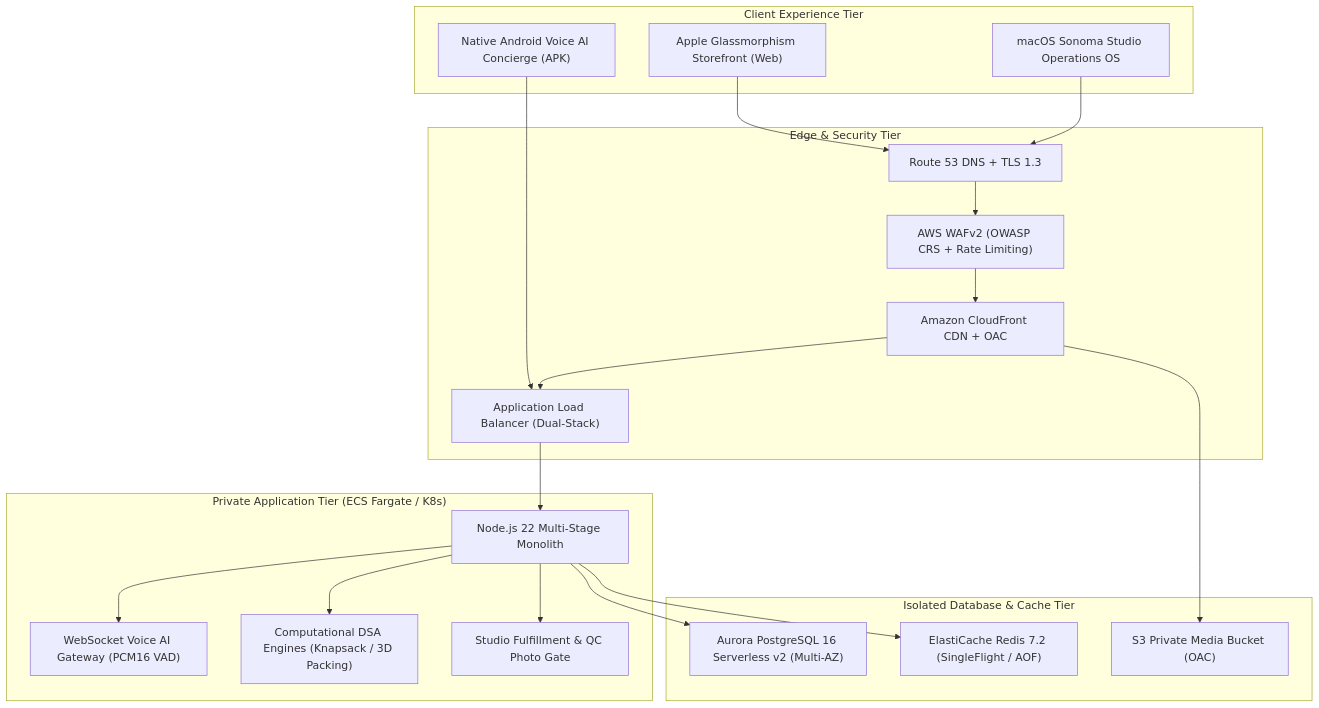
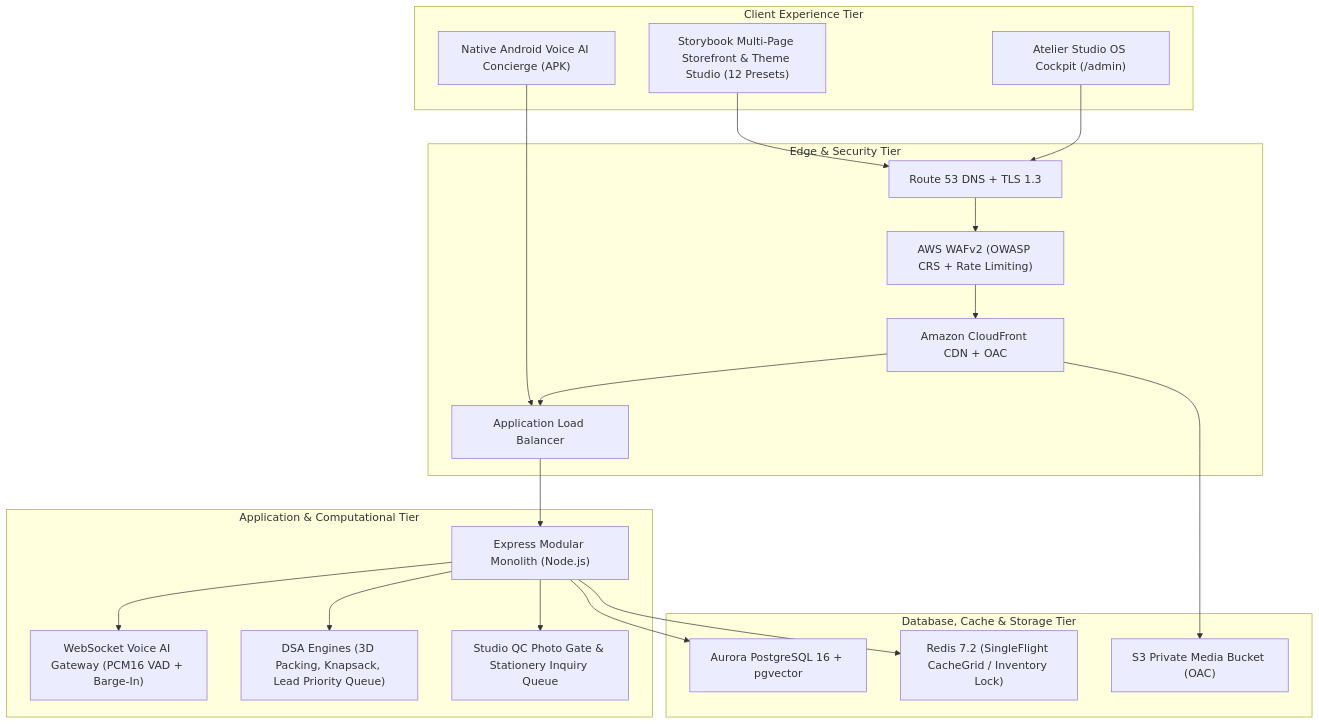
One commit to Hellthefox808/hampers-by-her changed the diagram in README.md. Above: the diagram before and after it, drawn with Mermaid. The commit also changed other lines of this file and 24 other files, not shown here.

Commit message:
feat(storefront): launch storybook storefront, enhancements, Studio OS inquiries, and organized README

````diff
--- a/README.md
+++ b/README.md
@@ -20,40 +39,40 @@
 ```mermaid
 flowchart TD
     subgraph ClientTiers ["Client Experience Tier"]
-        Storefront["Apple Glassmorphism Storefront (Web)"]
+        Storefront["Storybook Multi-Page Storefront & Theme Studio (12 Presets)"]
         VoiceApp["Native Android Voice AI Concierge (APK)"]
-        StudioOS["macOS Sonoma Studio Operations OS"]
+        StudioOS["Atelier Studio OS Cockpit (/admin)"]
     end
 
     subgraph EdgeTiers ["Edge & Security Tier"]
         Route53["Route 53 DNS + TLS 1.3"]
         WAF["AWS WAFv2 (OWASP CRS + Rate Limiting)"]
         CloudFront["Amazon CloudFront CDN + OAC"]
-        ALB["Application Load Balancer (Dual-Stack)"]
+        ALB["Application Load Balancer"]
     end
 
-    subgraph ComputeTier ["Private Application Tier (ECS Fargate / K8s)"]
-        AppServer["Node.js 22 Multi-Stage Monolith"]
-        VoiceGateway["WebSocket Voice AI Gateway (PCM16 VAD)"]
-        DsaEngines["Computational DSA Engines (Knapsack / 3D Packing)"]
-        AdminService["Studio Fulfillment & QC Photo Gate"]
+    subgraph ComputeTier ["Application & Computational Tier"]
+        AppServer["Express Modular Monolith (Node.js)"]
+        VoiceGateway["WebSocket Voice AI Gateway (PCM16 VAD + Barge-In)"]
+        DsaEngines["DSA Engines (3D Packing, Knapsack, Lead Priority Queue)"]
+        AdminService["Studio QC Photo Gate & Stationery Inquiry Queue"]
     end
 
-    subgraph DataTier ["Isolated Database & Cache Tier"]
-        Aurora["Aurora PostgreSQL 16 Serverless v2 (Multi-AZ)"]
-        Redis["ElastiCache Redis 7.2 (SingleFlight / AOF)"]
+    subgraph DataTier ["Database, Cache & Storage Tier"]
+        Aurora["Aurora PostgreSQL 16 + pgvector"]
+        Redis["Redis 7.2 (SingleFlight CacheGrid / Inventory Lock)"]
         S3["S3 Private Media Bucket (OAC)"]
     end
 
     Storefront --> Route53
     VoiceApp --> ALB
     StudioOS --> Route53
     Route53 --> WAF --> CloudFront --> ALB
     ALB --> AppServer
     AppServer --> VoiceGateway
     AppServer --> DsaEngines
     AppServer --> AdminService
     AppServer --> Aurora
     AppServer --> Redis
     CloudFront --> S3
 ```
````
